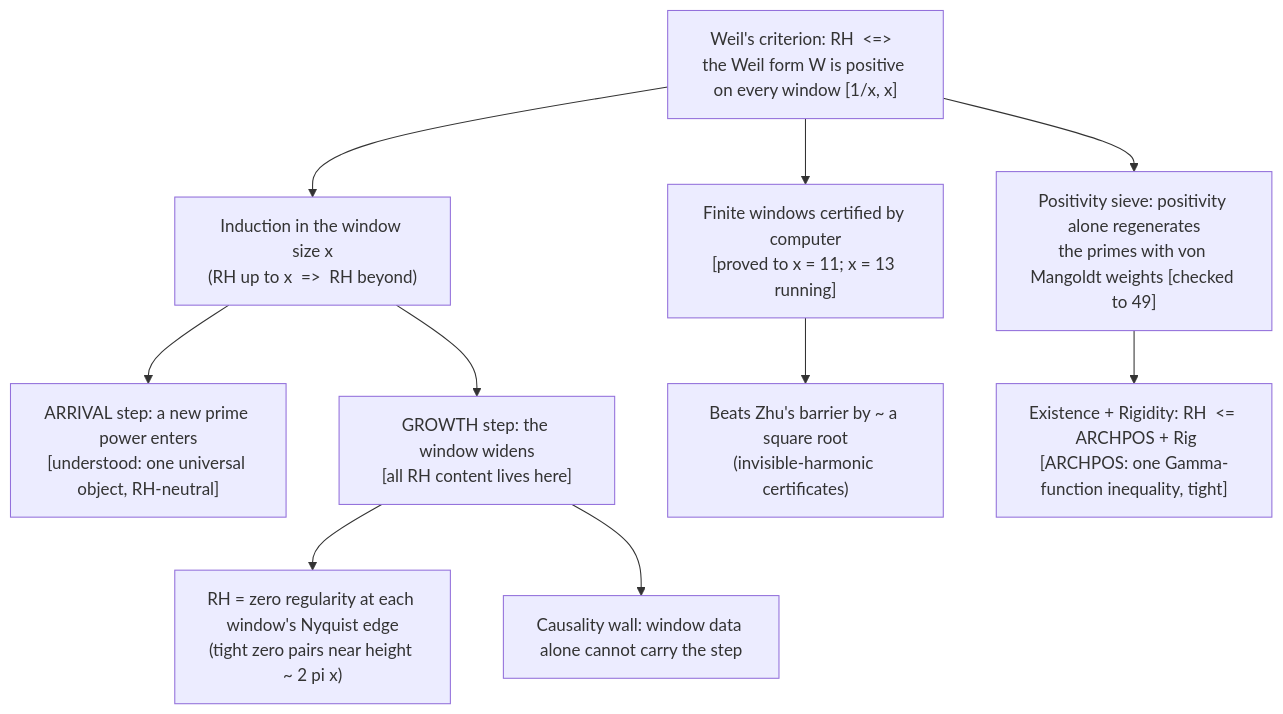
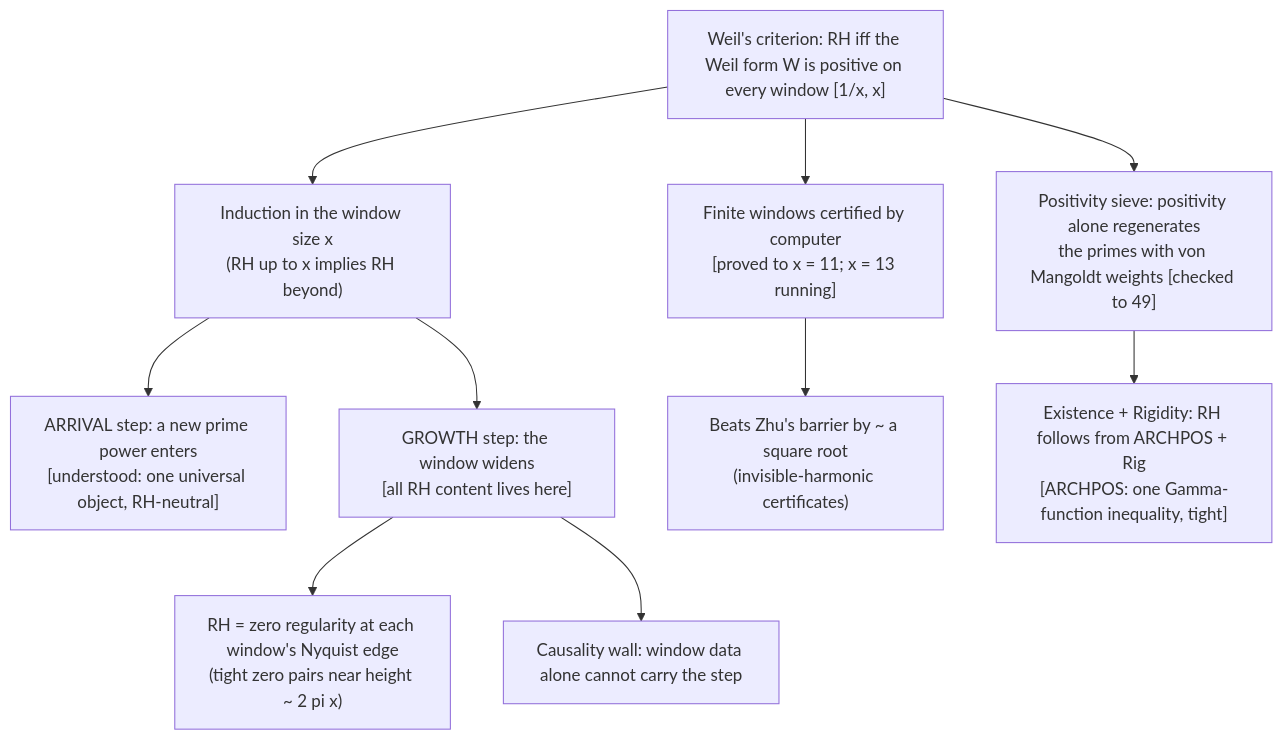
The diagram in README.md (LmeowLaunchpad/rh-open-map), drawn with Mermaid before and after one commit.

Commit message:
README: plain-text arrows in the mermaid map

````diff
--- a/README.md
+++ b/README.md
@@ -15,12 +15,12 @@
 ```mermaid
 flowchart TD
-    W["Weil's criterion: RH  &lt;=&gt;  the Weil form W is positive on every window [1/x, x]"] --> IND["Induction in the window size x<br/>(RH up to x  =&gt;  RH beyond)"]
+    W["Weil's criterion: RH iff the Weil form W is positive on every window [1/x, x]"] --> IND["Induction in the window size x<br/>(RH up to x implies RH beyond)"]
     IND --> ARR["ARRIVAL step: a new prime power enters<br/>[understood: one universal object, RH-neutral]"]
     IND --> GRO["GROWTH step: the window widens<br/>[all RH content lives here]"]
     W --> CERT["Finite windows certified by computer<br/>[proved to x = 11; x = 13 running]"]
     CERT --> ZHU["Beats Zhu's barrier by ~ a square root<br/>(invisible-harmonic certificates)"]
     W --> SIEVE["Positivity sieve: positivity alone regenerates<br/>the primes with von Mangoldt weights [checked to 49]"]
-    SIEVE --> RIG["Existence + Rigidity: RH  &lt;=  ARCHPOS + Rig<br/>[ARCHPOS: one Gamma-function inequality, tight]"]
+    SIEVE --> RIG["Existence + Rigidity: RH follows from ARCHPOS + Rig<br/>[ARCHPOS: one Gamma-function inequality, tight]"]
     GRO --> EDGE["RH = zero regularity at each window's Nyquist edge<br/>(tight zero pairs near height ~ 2 pi x)"]
     GRO --> CAUS["Causality wall: window data alone cannot carry the step"]
 ```
````
